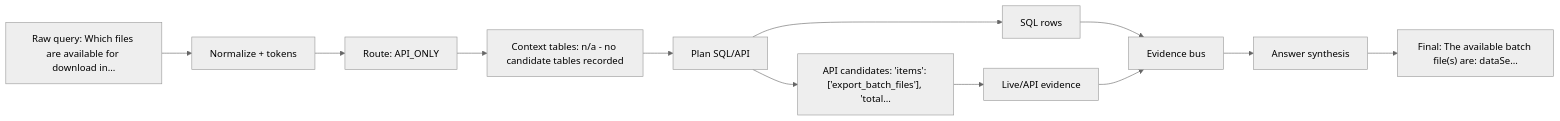
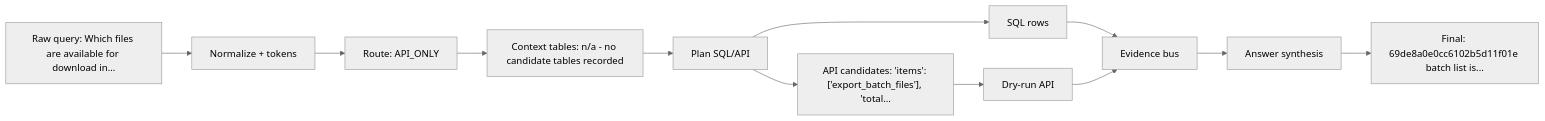
Before and after one commit to dashsys-workshop-vldb/dashsys-workshop-vldb.github.io: the diagram in outputs/visualizations/query_example_031_dataflow.md, drawn with Mermaid (neutral theme). The commit also changed other lines of this file and 691 other files, not shown here.

````diff
--- a/outputs/visualizations/query_example_031_dataflow.md
+++ b/outputs/visualizations/query_example_031_dataflow.md
@@ -17,14 +17,14 @@
 ```mermaid
 flowchart LR
   Q["Raw query: Which files are available for download in..."] --> N["Normalize + tokens"]
   N --> R["Route: API_ONLY"]
   R --> C["Context tables: n/a - no candidate tables recorded"]
   C --> P["Plan SQL/API"]
   P --> S["SQL rows"]
   P --> A["API candidates: 'items': ['export_batch_files'], 'total..."]
-  A --> E["Live/API evidence"]
+  A --> E["Dry-run API"]
   S --> V["Evidence bus"]
   E --> V
   V --> H["Answer synthesis"]
-  H --> F["Final: The available batch file(s) are: dataSe..."]
+  H --> F["Final: 69de8a0e0cc6102b5d11f01e batch list is..."]
 ```
````
